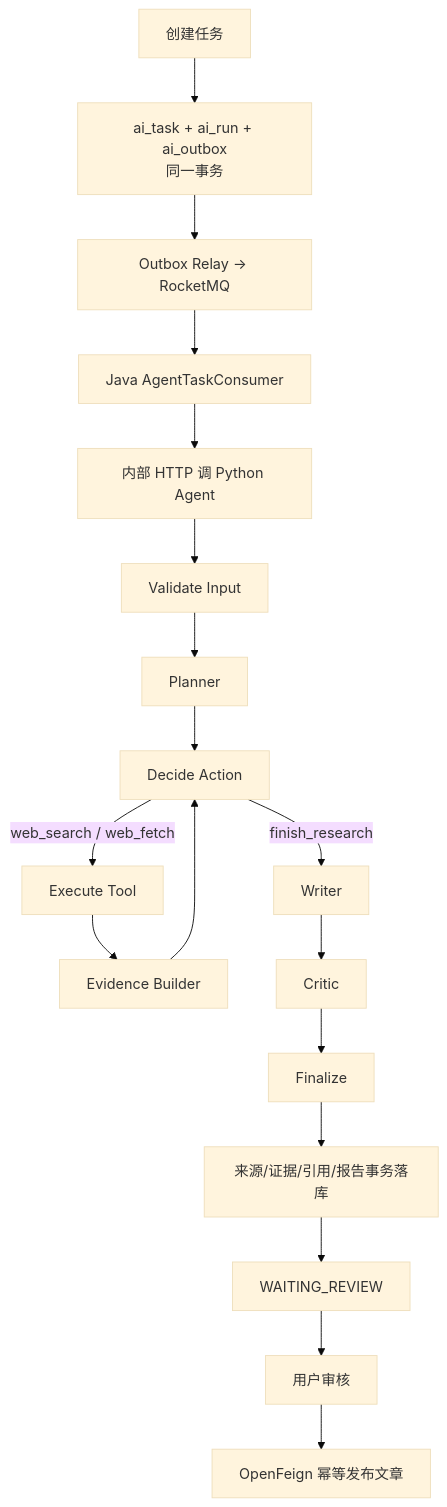
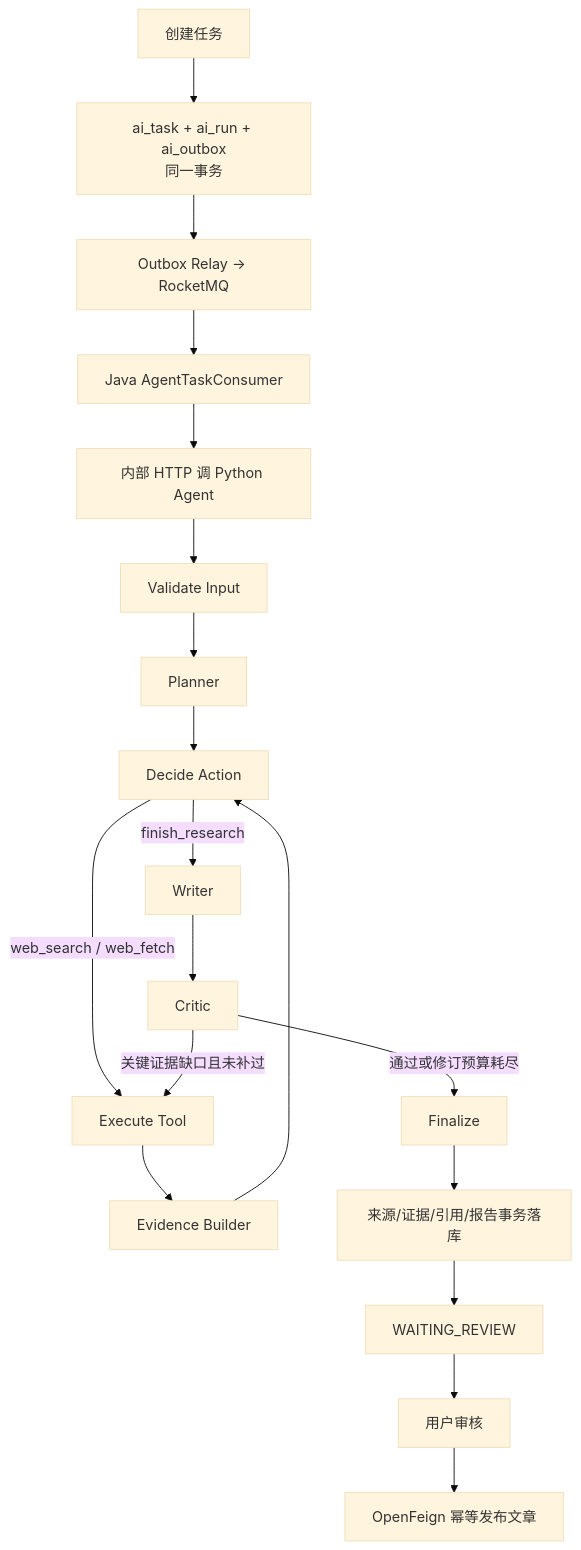
The fourth of 4 diagrams in docs/BEGINNER-GUIDE.md (hzyang0/XPlanet), drawn with Mermaid (base theme) before and after one commit. The commit also changed other lines of this file and 23 other files, not shown here.

````diff
--- a/docs/BEGINNER-GUIDE.md
+++ b/docs/BEGINNER-GUIDE.md
@@ -303,20 +303,21 @@
 ```mermaid
 flowchart TD
     A["创建任务"] --> B["ai_task + ai_run + ai_outbox<br/>同一事务"]
     B --> C["Outbox Relay → RocketMQ"]
     C --> D["Java AgentTaskConsumer"]
     D --> E["内部 HTTP 调 Python Agent"]
     E --> F["Validate Input"]
     F --> G["Planner"]
     G --> H["Decide Action"]
     H -->|"web_search / web_fetch"| I["Execute Tool"]
     I --> J["Evidence Builder"]
     J --> H
     H -->|"finish_research"| K["Writer"]
     K --> L["Critic"]
-    L --> M["Finalize"]
+    L -->|"通过或修订预算耗尽"| M["Finalize"]
+    L -->|"关键证据缺口且未补过"| I
     M --> N["来源/证据/引用/报告事务落库"]
     N --> O["WAITING_REVIEW"]
     O --> P["用户审核"]
     P --> Q["OpenFeign 幂等发布文章"]
 ```
````
